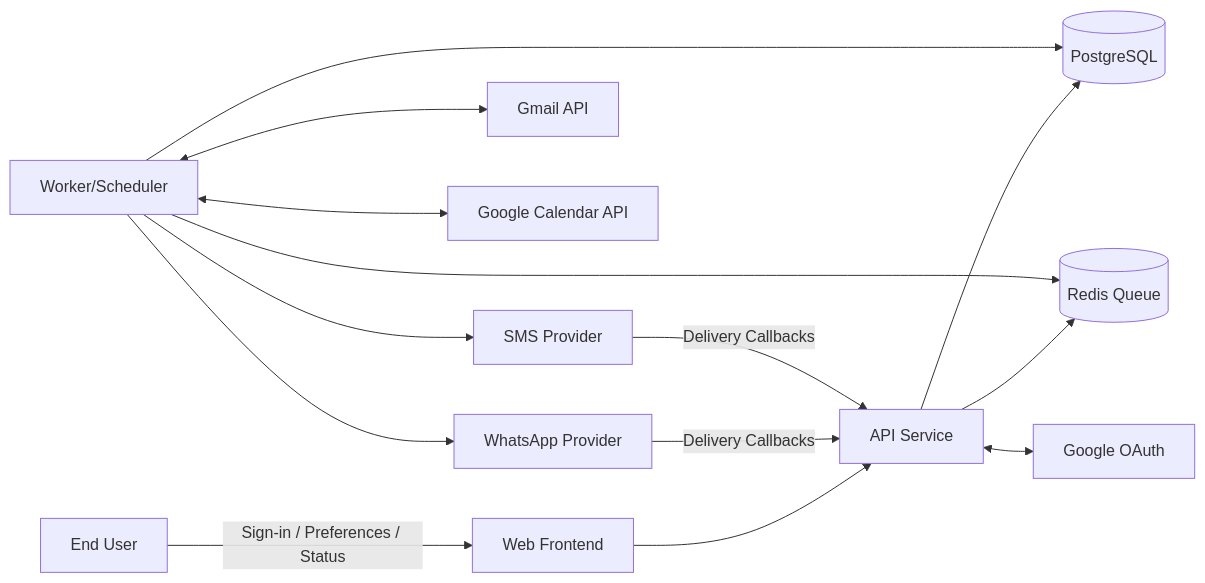
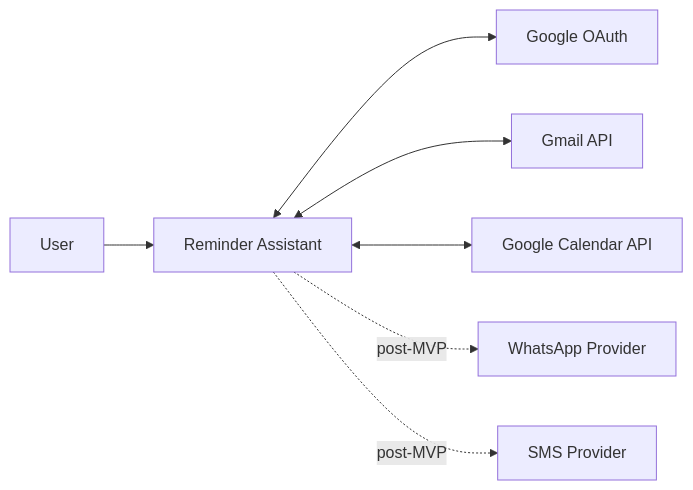
Before and after one commit to Amal-Makwana/PersonalAssistant: the diagram in docs/01-tech-spec/diagrams/system-context.md, drawn with Mermaid. The commit also changed other lines of this file and 13 other files, not shown here.

Commit message:
Align tech spec and design docs to MVP calendar-sync scope

````diff
--- a/docs/01-tech-spec/diagrams/system-context.md
+++ b/docs/01-tech-spec/diagrams/system-context.md
@@ -37,17 +21,10 @@
 ```mermaid
 flowchart LR
-  U[End User] -->|Sign-in / Preferences / Status| FE[Web Frontend]
-  FE --> API[API Service]
-  API --> DB[(PostgreSQL)]
-  API --> Q[(Redis Queue)]
-  W[Worker/Scheduler] --> Q
-  W --> DB
+  U[User] --> APP[Reminder Assistant]
+  APP <--> OAUTH[Google OAuth]
+  APP <--> GM[Gmail API]
+  APP <--> GC[Google Calendar API]
 
-  API <--> GO[Google OAuth]
-  W <--> GM[Gmail API]
-  W <--> GC[Google Calendar API]
-  W --> WA[WhatsApp Provider]
-  W --> SMS[SMS Provider]
-  WA -->|Delivery Callbacks| API
-  SMS -->|Delivery Callbacks| API
+  APP -. post-MVP .-> WA[WhatsApp Provider]
+  APP -. post-MVP .-> SMS[SMS Provider]
 ```
````
